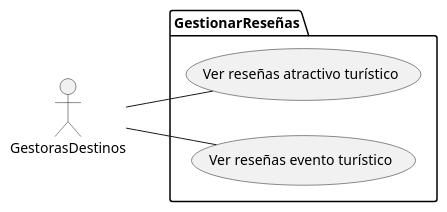
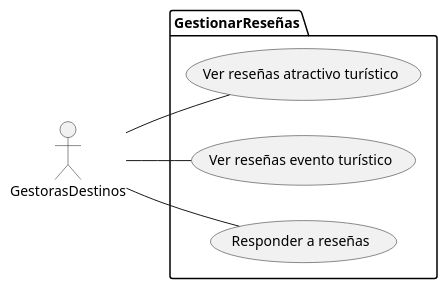
One commit to xdark-nessx20/SM-Xplore changed the diagram in docs/modelos/uc-lvl-1/gestionar-reseñas/gestoras-diagrama.puml. Above: the diagram before and after it, drawn with PlantUML. The commit also changed 3 other files, not shown here.

Commit message:
Update: updating lvl one use-case diagrams to add new functions.

```diff
--- a/docs/modelos/uc-lvl-1/gestionar-reseñas/gestoras-diagrama.puml
+++ b/docs/modelos/uc-lvl-1/gestionar-reseñas/gestoras-diagrama.puml
@@ -1,17 +1,19 @@
 @startuml
 
 left to right direction
 
 actor GestorasDestinos as G
 
 package GestionarReseñas {
     usecase "Ver reseñas atractivo turístico" as UC1
     usecase "Ver reseñas evento turístico" as UC2
+    usecase "Responder a reseñas" as UC3
 
 }
 
 G -- UC1
 G -- UC2
+G -- UC3
 
 
 @enduml
```
